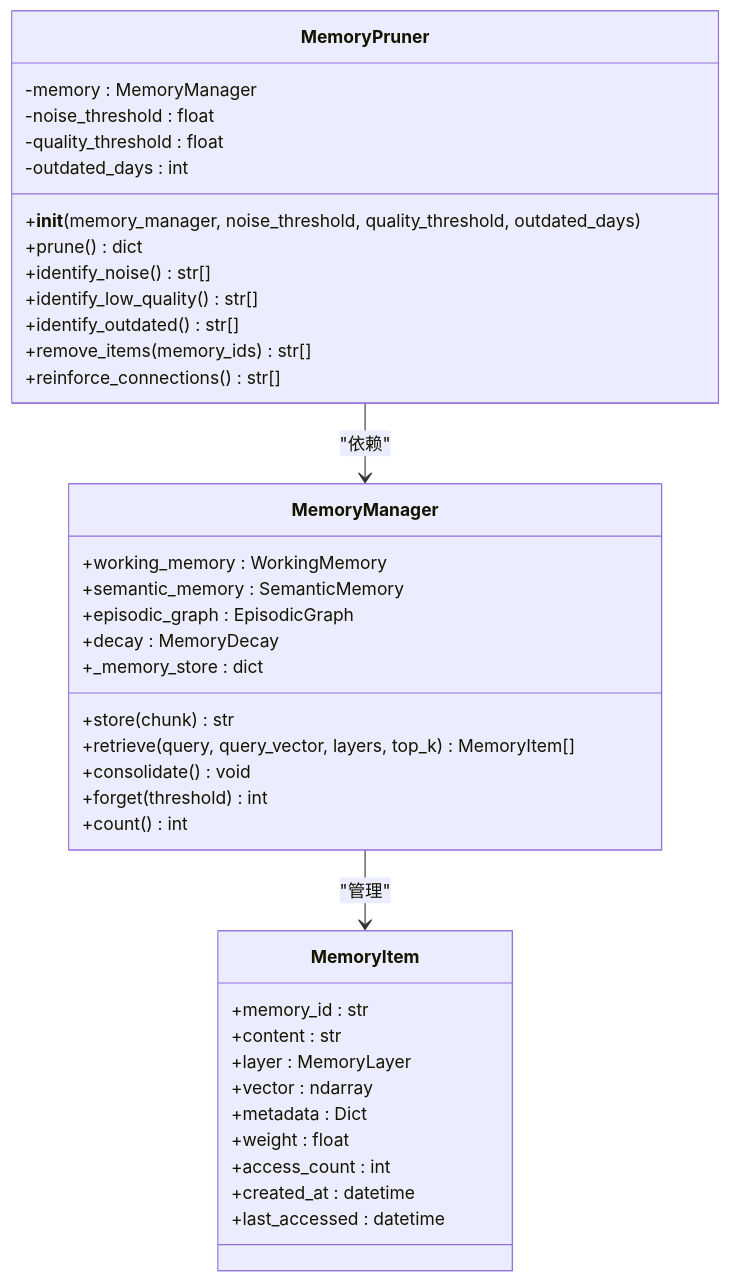
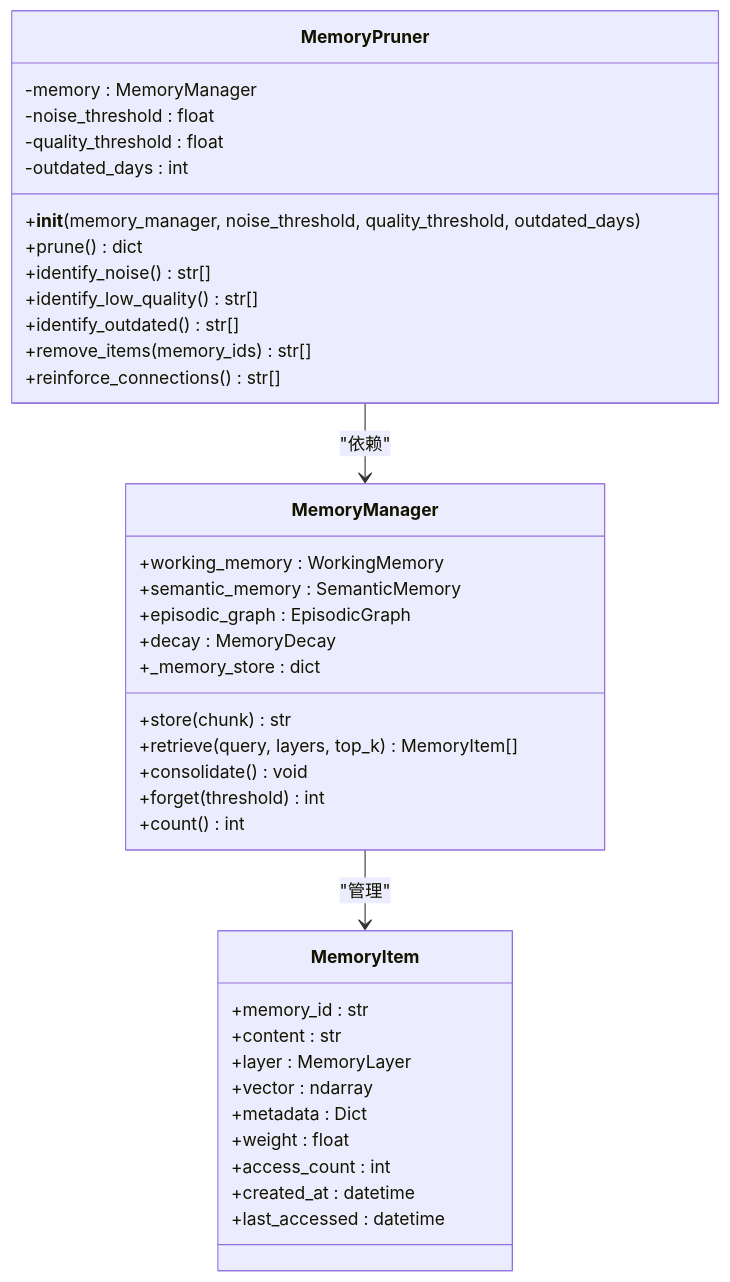
The third of 7 diagrams in .qoder/repowiki/zh/content/巩固层模块/记忆修剪系统.md (JieGaoPrinceton/NecoRAG), drawn with Mermaid before and after one commit. The commit also changed other lines of this file and 181 other files, not shown here.

````diff
--- a/.qoder/repowiki/zh/content/巩固层模块/记忆修剪系统.md
+++ b/.qoder/repowiki/zh/content/巩固层模块/记忆修剪系统.md
@@ -86,41 +112,41 @@
 ```mermaid
 classDiagram
 class MemoryPruner {
 -memory : MemoryManager
 -noise_threshold : float
 -quality_threshold : float
 -outdated_days : int
 +__init__(memory_manager, noise_threshold, quality_threshold, outdated_days)
 +prune() dict
 +identify_noise() str[]
 +identify_low_quality() str[]
 +identify_outdated() str[]
 +remove_items(memory_ids) str[]
 +reinforce_connections() str[]
 }
 class MemoryManager {
 +working_memory : WorkingMemory
 +semantic_memory : SemanticMemory
 +episodic_graph : EpisodicGraph
 +decay : MemoryDecay
 +_memory_store : dict
 +store(chunk) str
-+retrieve(query, query_vector, layers, top_k) MemoryItem[]
++retrieve(query, layers, top_k) MemoryItem[]
 +consolidate() void
 +forget(threshold) int
 +count() int
 }
 class MemoryItem {
 +memory_id : str
 +content : str
 +layer : MemoryLayer
 +vector : ndarray
 +metadata : Dict
 +weight : float
 +access_count : int
 +created_at : datetime
 +last_accessed : datetime
 }
 MemoryPruner --> MemoryManager : "依赖"
 MemoryManager --> MemoryItem : "管理"
 ```
````
